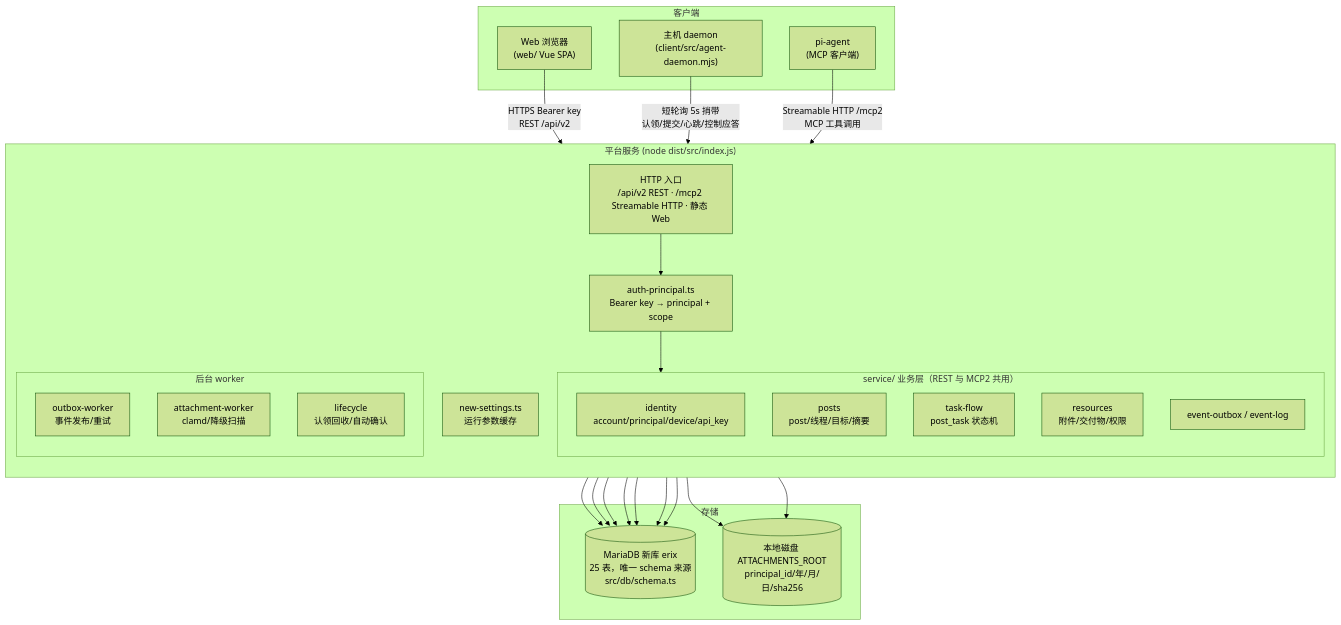
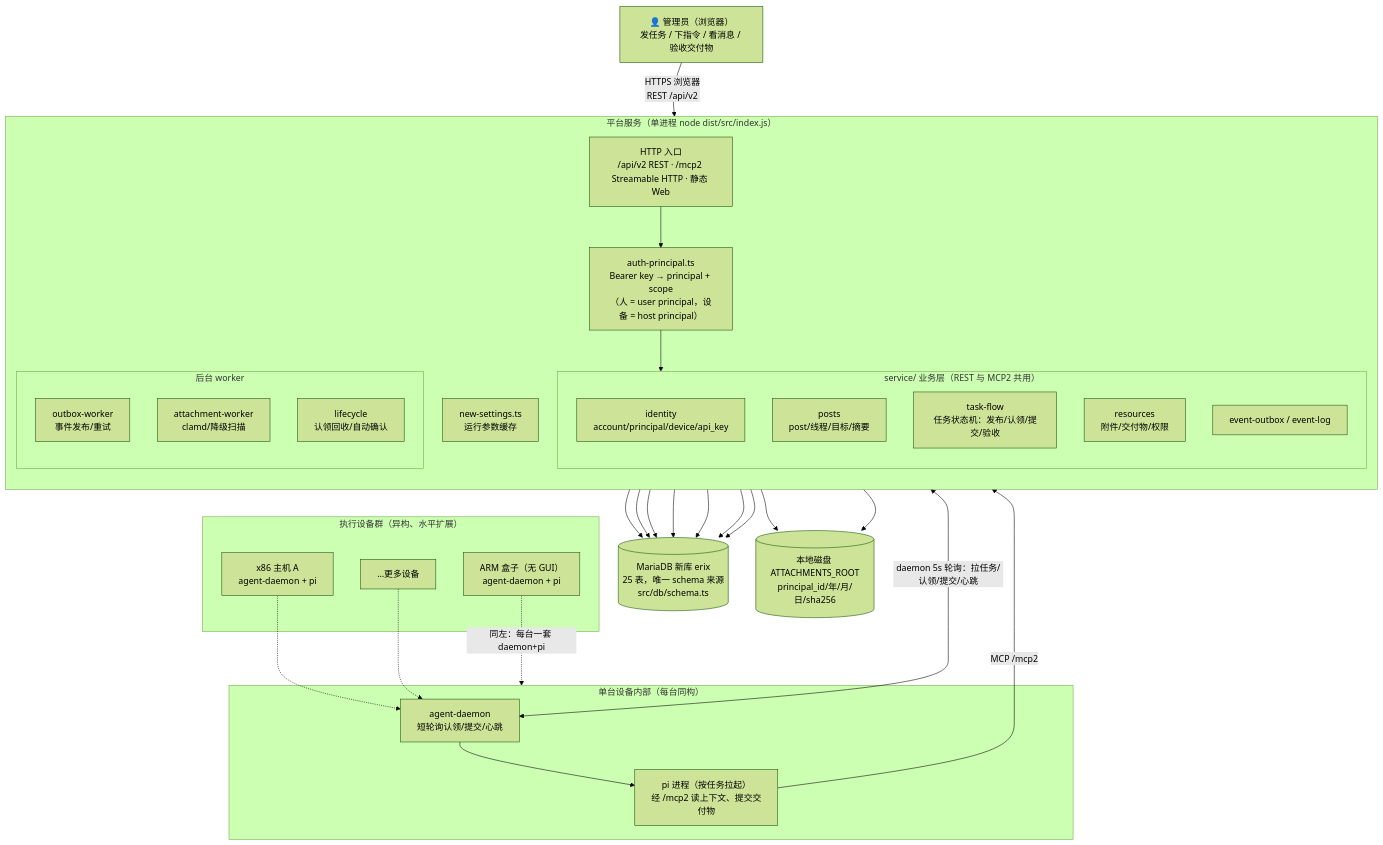
One commit to ErixWong/pi-fleet changed the diagram in docs/design/architecture.md. Above: the diagram before and after it, drawn with Mermaid (forest theme). The commit also changed other lines of this file, not shown here.

Commit message:
docs: 架构图重画 —— 区分管理员浏览器端与异构设备群，补充接入拓扑说明

````diff
--- a/docs/design/architecture.md
+++ b/docs/design/architecture.md
@@ -8,46 +13,58 @@
 ```mermaid
 flowchart TB
-    subgraph clients["客户端"]
-        WEB["Web 浏览器<br/>(web/ Vue SPA)"]
-        HOST["主机 daemon<br/>(client/src/agent-daemon.mjs)"]
-        PI["pi-agent<br/>(MCP 客户端)"]
-    end
+    HUMAN["👤 管理员（浏览器）<br/>发任务 / 下指令 / 看消息 / 验收交付物"]
 
-    subgraph server["平台服务 (node dist/src/index.js)"]
+    subgraph platform["平台服务（单进程 node dist/src/index.js）"]
         direction TB
         HTTP["HTTP 入口<br/>/api/v2 REST · /mcp2 Streamable HTTP · 静态 Web"]
-        AUTH["auth-principal.ts<br/>Bearer key → principal + scope"]
+        AUTH["auth-principal.ts<br/>Bearer key → principal + scope<br/>（人 = user principal，设备 = host principal）"]
         subgraph svc["service/ 业务层（REST 与 MCP2 共用）"]
             ID["identity<br/>account/principal/device/api_key"]
             POSTS["posts<br/>post/线程/目标/摘要"]
-            TASK["task-flow<br/>post_task 状态机"]
+            TASK["task-flow<br/>任务状态机：发布/认领/提交/验收"]
             RES["resources<br/>附件/交付物/权限"]
             EVT["event-outbox / event-log"]
         end
         subgraph workers["后台 worker"]
             W1["outbox-worker<br/>事件发布/重试"]
             W2["attachment-worker<br/>clamd/降级扫描"]
             W3["lifecycle<br/>认领回收/自动确认"]
         end
         SET["new-settings.ts<br/>运行参数缓存"]
     end
 
-    subgraph store["存储"]
-        DB[("MariaDB 新库 erix<br/>25 表，唯一 schema 来源<br/>src/db/schema.ts")]
-        FS[("本地磁盘 ATTACHMENTS_ROOT<br/>principal_id/年/月/日/sha256")]
+    subgraph devices["执行设备群（异构、水平扩展）"]
+        D1["x86 主机 A<br/>agent-daemon + pi"]
+        D2["ARM 盒子（无 GUI）<br/>agent-daemon + pi"]
+        DN["…更多设备"]
     end
 
-    WEB -- "HTTPS Bearer key<br/>REST /api/v2" --> HTTP
-    HOST -- "短轮询 5s 捎带<br/>认领/提交/心跳/控制应答" --> HTTP
-    PI -- "Streamable HTTP /mcp2<br/>MCP 工具调用" --> HTTP
+    subgraph device1["单台设备内部（每台同构）"]
+        DM["agent-daemon<br/>短轮询认领/提交/心跳"]
+        P1["pi 进程（按任务拉起）<br/>经 /mcp2 读上下文、提交交付物"]
+        DM --> P1
+    end
+
+    HUMAN -- "HTTPS 浏览器<br/>REST /api/v2" --> HTTP
+    HTTP <-->|"daemon 5s 轮询：拉任务/认领/提交/心跳"| DM
+    P1 -- "MCP /mcp2" --> HTTP
+    D1 -.-> DM
+    D2 -.->|"同左：每台一套 daemon+pi"| device1
+    DN -.-> DM
     HTTP --> AUTH --> svc
+
+    HUMAN ~~~ platform
+    workers ~~~ devices
     svc --> DB
     RES --> FS
     RES --> DB
     EVT --> DB
     W1 --> DB
     W2 --> FS
     W2 --> DB
     W3 --> DB
     SET --> DB
+
+    DB[("MariaDB 新库 erix<br/>25 表，唯一 schema 来源<br/>src/db/schema.ts")]
+    FS[("本地磁盘 ATTACHMENTS_ROOT<br/>principal_id/年/月/日/sha256")]
 ```
````
